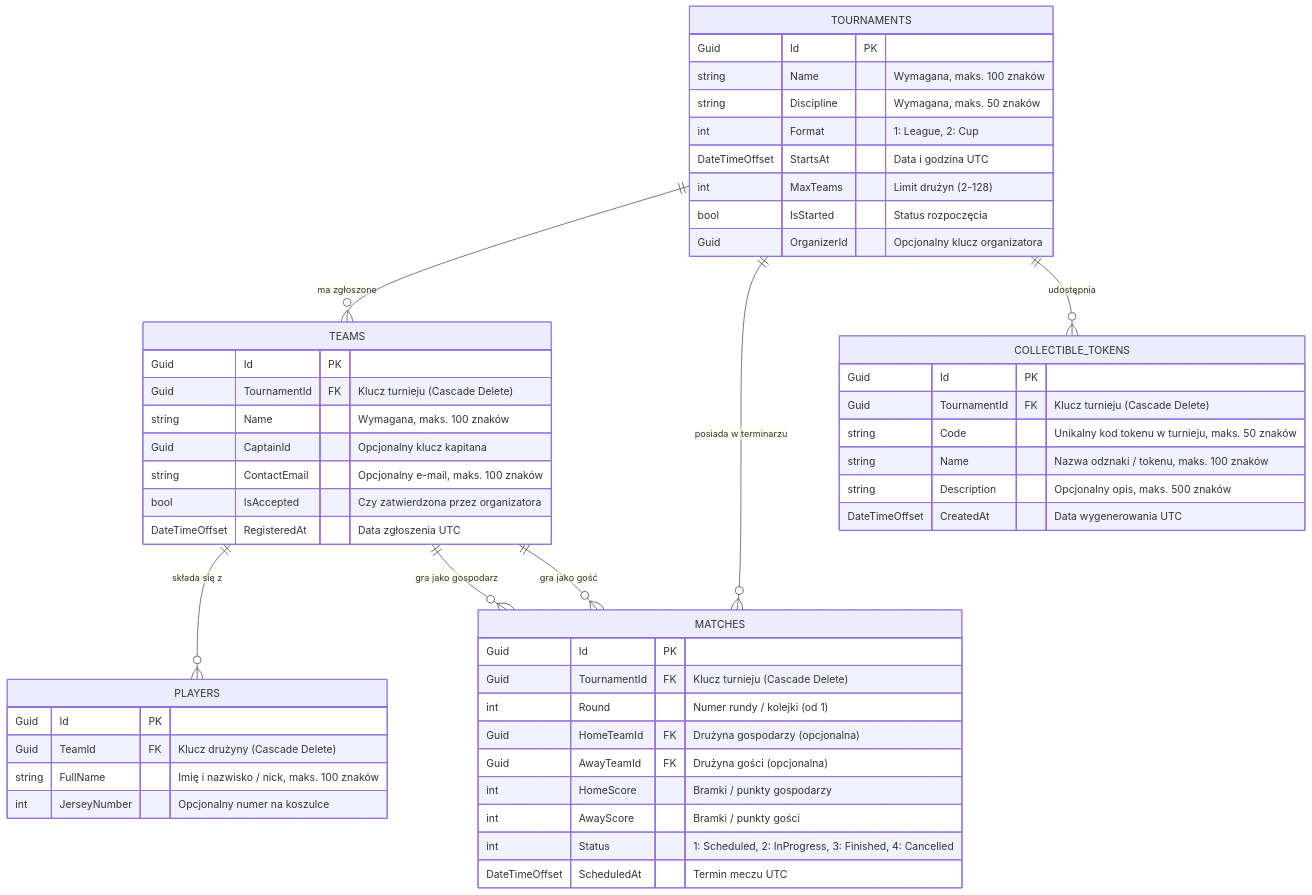
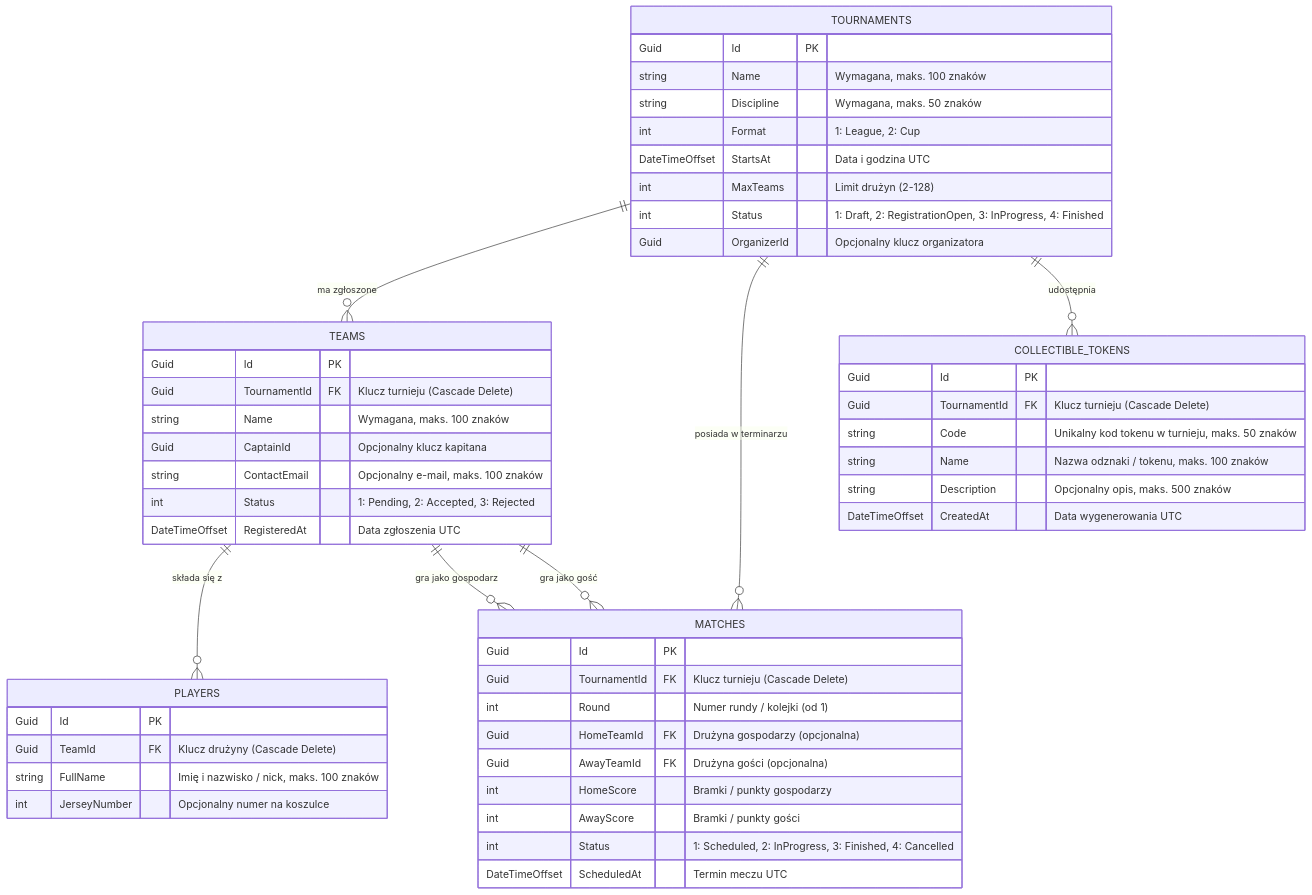
One commit to BartlomiejLatocha/Projekt-TurniejePro changed the diagram in docs/erd.md. Above: the diagram before and after it, drawn with Mermaid. The commit also changed 15 other files, not shown here.

Commit message:
KAN-289: Enum TournamentStatus + migracja oraz usunięcie Team.IsAccepted

````diff
--- a/docs/erd.md
+++ b/docs/erd.md
@@ -13,58 +13,58 @@
 ```mermaid
 erDiagram
     TOURNAMENTS ||--o{ TEAMS : "ma zgłoszone"
     TOURNAMENTS ||--o{ MATCHES : "posiada w terminarzu"
     TOURNAMENTS ||--o{ COLLECTIBLE_TOKENS : "udostępnia"
     TEAMS ||--o{ PLAYERS : "składa się z"
     TEAMS ||--o{ MATCHES : "gra jako gospodarz"
     TEAMS ||--o{ MATCHES : "gra jako gość"
 
     TOURNAMENTS {
         Guid Id PK
         string Name "Wymagana, maks. 100 znaków"
         string Discipline "Wymagana, maks. 50 znaków"
         int Format "1: League, 2: Cup"
         DateTimeOffset StartsAt "Data i godzina UTC"
         int MaxTeams "Limit drużyn (2-128)"
-        bool IsStarted "Status rozpoczęcia"
+        int Status "1: Draft, 2: RegistrationOpen, 3: InProgress, 4: Finished"
         Guid OrganizerId "Opcjonalny klucz organizatora"
     }
 
     TEAMS {
         Guid Id PK
         Guid TournamentId FK "Klucz turnieju (Cascade Delete)"
         string Name "Wymagana, maks. 100 znaków"
         Guid CaptainId "Opcjonalny klucz kapitana"
         string ContactEmail "Opcjonalny e-mail, maks. 100 znaków"
-        bool IsAccepted "Czy zatwierdzona przez organizatora"
+        int Status "1: Pending, 2: Accepted, 3: Rejected"
         DateTimeOffset RegisteredAt "Data zgłoszenia UTC"
     }
 
     PLAYERS {
         Guid Id PK
         Guid TeamId FK "Klucz drużyny (Cascade Delete)"
         string FullName "Imię i nazwisko / nick, maks. 100 znaków"
         int JerseyNumber "Opcjonalny numer na koszulce"
     }
 
     MATCHES {
         Guid Id PK
         Guid TournamentId FK "Klucz turnieju (Cascade Delete)"
         int Round "Numer rundy / kolejki (od 1)"
         Guid HomeTeamId FK "Drużyna gospodarzy (opcjonalna)"
         Guid AwayTeamId FK "Drużyna gości (opcjonalna)"
         int HomeScore "Bramki / punkty gospodarzy"
         int AwayScore "Bramki / punkty gości"
         int Status "1: Scheduled, 2: InProgress, 3: Finished, 4: Cancelled"
         DateTimeOffset ScheduledAt "Termin meczu UTC"
     }
 
     COLLECTIBLE_TOKENS {
         Guid Id PK
         Guid TournamentId FK "Klucz turnieju (Cascade Delete)"
         string Code "Unikalny kod tokenu w turnieju, maks. 50 znaków"
         string Name "Nazwa odznaki / tokenu, maks. 100 znaków"
         string Description "Opcjonalny opis, maks. 500 znaków"
         DateTimeOffset CreatedAt "Data wygenerowania UTC"
     }
 ```
````
